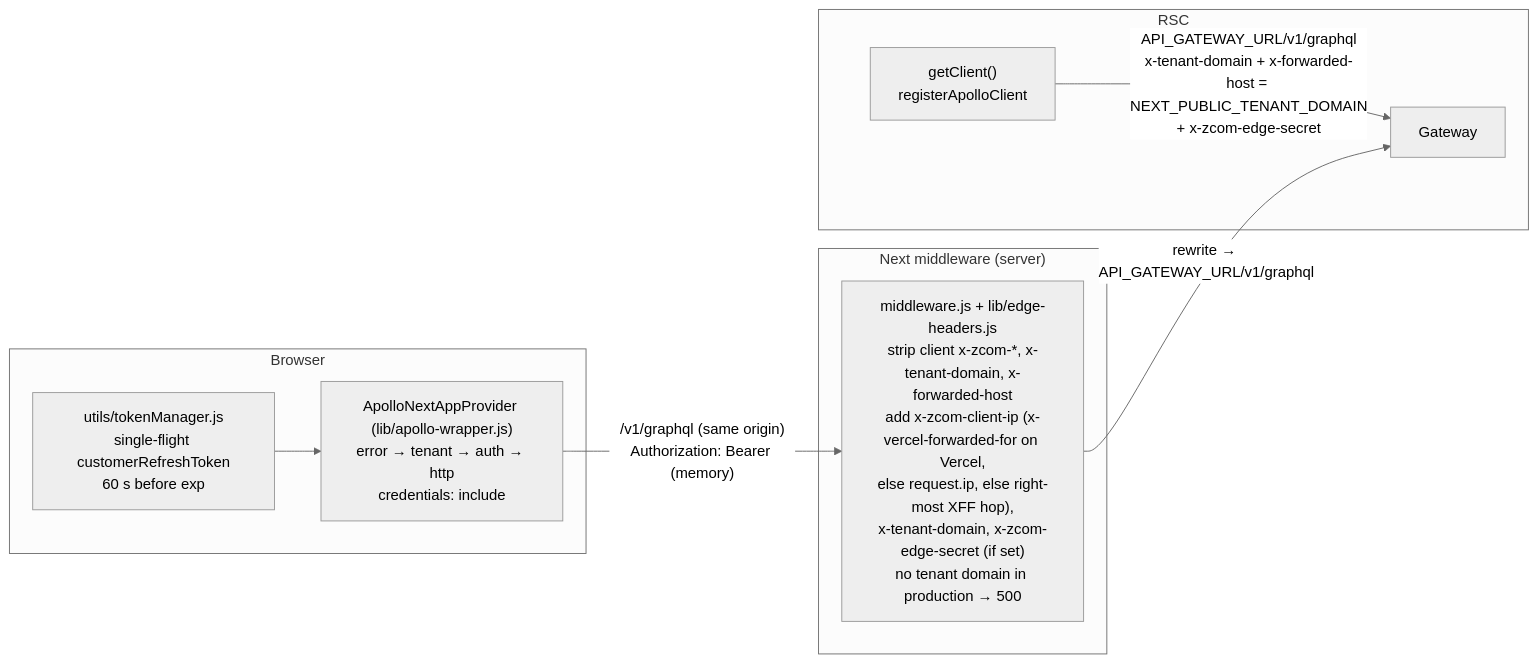
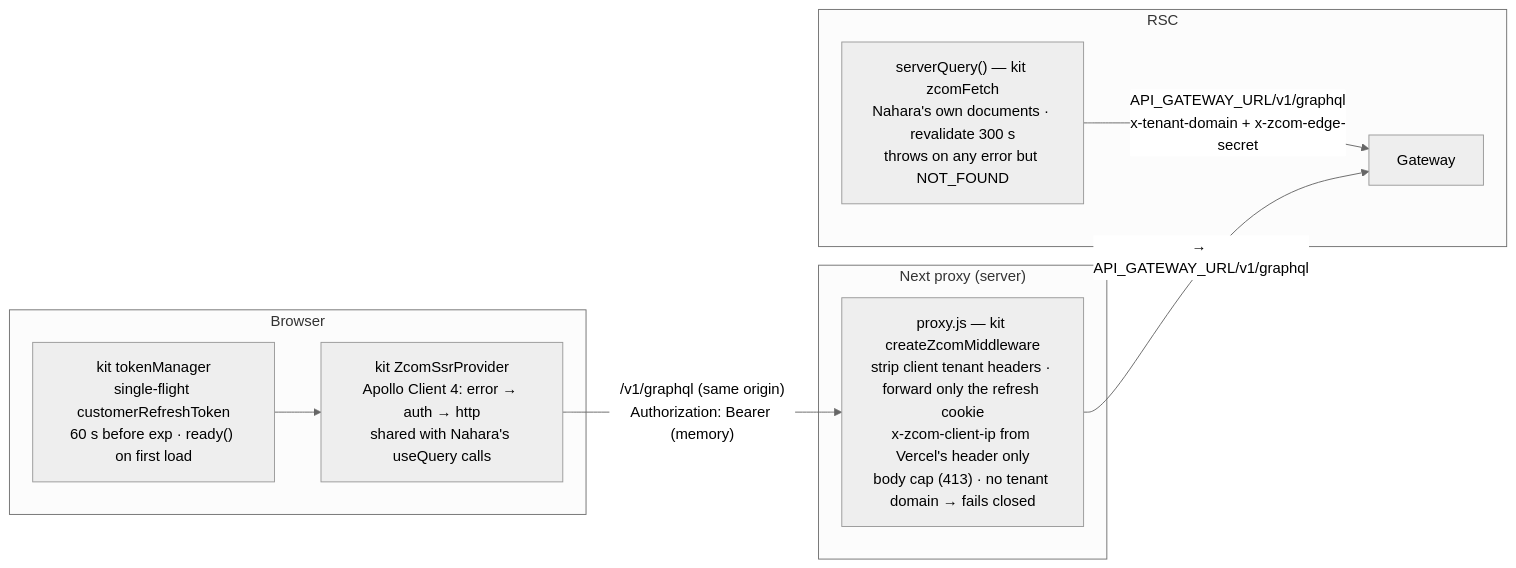
The third of 6 diagrams in docs/architecture/solution-architecture.md (Zerror-Studios/Rare-Element), drawn with Mermaid (neutral theme) before and after one commit. The commit also changed other lines of this file and 63 other files, not shown here.

First line of the commit message:
feat(storefront): move Nahara onto @zcom/storefront-kit v1.0.2 (Kit PRD-002 step 3)

````diff
--- a/docs/architecture/solution-architecture.md
+++ b/docs/architecture/solution-architecture.md
@@ -70,14 +70,14 @@
 ```mermaid
 flowchart LR
     subgraph RSC
-        GC["getClient()<br/>registerApolloClient"] -- "API_GATEWAY_URL/v1/graphql<br/>x-tenant-domain + x-forwarded-host = NEXT_PUBLIC_TENANT_DOMAIN<br/>+ x-zcom-edge-secret" --> GW["Gateway"]
+        SQ["serverQuery() — kit zcomFetch<br/>Nahara's own documents · revalidate 300 s<br/>throws on any error but NOT_FOUND"] -- "API_GATEWAY_URL/v1/graphql<br/>x-tenant-domain + x-zcom-edge-secret" --> GW["Gateway"]
     end
-    subgraph Edge["Next middleware (server)"]
-        MW["middleware.js + lib/edge-headers.js<br/>strip client x-zcom-*, x-tenant-domain, x-forwarded-host<br/>add x-zcom-client-ip (x-vercel-forwarded-for on Vercel,<br/>else request.ip, else right-most XFF hop),<br/>x-tenant-domain, x-zcom-edge-secret (if set)<br/>no tenant domain in production → 500"]
+    subgraph Edge["Next proxy (server)"]
+        MW["proxy.js — kit createZcomMiddleware<br/>strip client tenant headers · forward only the refresh cookie<br/>x-zcom-client-ip from Vercel's header only<br/>body cap (413) · no tenant domain → fails closed"]
     end
     subgraph Browser
-        AW["ApolloNextAppProvider (lib/apollo-wrapper.js)<br/>error → tenant → auth → http<br/>credentials: include"] -- "/v1/graphql (same origin)<br/>Authorization: Bearer (memory)" --> MW
-        TM["utils/tokenManager.js<br/>single-flight customerRefreshToken<br/>60 s before exp"] --> AW
+        AW["kit ZcomSsrProvider<br/>Apollo Client 4: error → auth → http<br/>shared with Nahara's useQuery calls"] -- "/v1/graphql (same origin)<br/>Authorization: Bearer (memory)" --> MW
+        TM["kit tokenManager<br/>single-flight customerRefreshToken<br/>60 s before exp · ready() on first load"] --> AW
     end
-    MW -- "rewrite → API_GATEWAY_URL/v1/graphql" --> GW
+    MW -- "→ API_GATEWAY_URL/v1/graphql" --> GW
 ```
````
